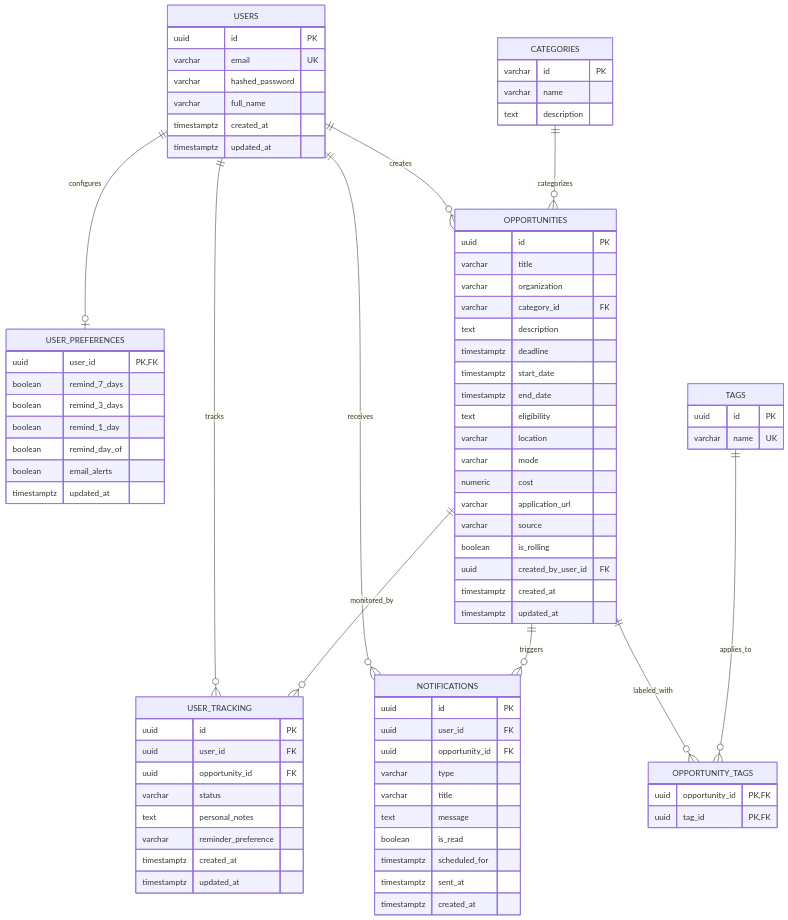
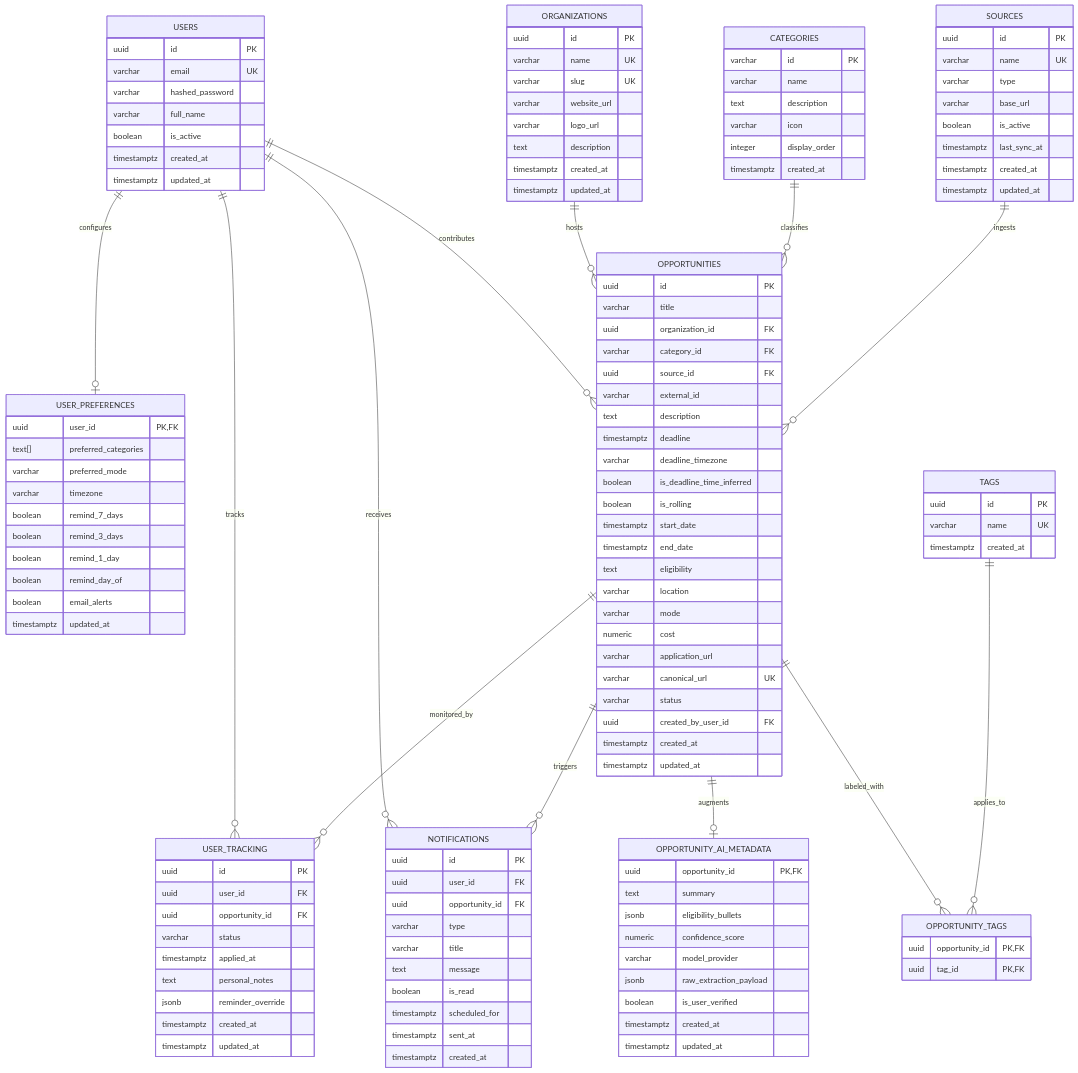
Before and after one commit to Kunal-net/deadline-radar: the first of 2 diagrams in docs/database-schema.md, drawn with Mermaid. The commit also changed other lines of this file and 3 other files, not shown here.

````diff
--- a/docs/database-schema.md
+++ b/docs/database-schema.md
@@ -16,15 +65,21 @@
 ```mermaid
 erDiagram
+    USERS ||--o| USER_PREFERENCES : configures
     USERS ||--o{ USER_TRACKING : tracks
     USERS ||--o{ NOTIFICATIONS : receives
-    USERS ||--o| USER_PREFERENCES : configures
-    USERS ||--o{ OPPORTUNITIES : creates
+    USERS ||--o{ OPPORTUNITIES : contributes
 
-    CATEGORIES ||--o{ OPPORTUNITIES : categorizes
+    ORGANIZATIONS ||--o{ OPPORTUNITIES : hosts
 
+    CATEGORIES ||--o{ OPPORTUNITIES : classifies
+
+    SOURCES ||--o{ OPPORTUNITIES : ingests
+
+    OPPORTUNITIES ||--o| OPPORTUNITY_AI_METADATA : augments
     OPPORTUNITIES ||--o{ USER_TRACKING : monitored_by
     OPPORTUNITIES ||--o{ NOTIFICATIONS : triggers
     OPPORTUNITIES ||--o{ OPPORTUNITY_TAGS : labeled_with
+
     TAGS ||--o{ OPPORTUNITY_TAGS : applies_to
 
     USERS {
@@ -32,6 +87,31 @@
         varchar email UK
         varchar hashed_password
         varchar full_name
+        boolean is_active
+        timestamptz created_at
+        timestamptz updated_at
+    }
+
+    USER_PREFERENCES {
+        uuid user_id PK,FK
+        text[] preferred_categories
+        varchar preferred_mode
+        varchar timezone
+        boolean remind_7_days
+        boolean remind_3_days
+        boolean remind_1_day
+        boolean remind_day_of
+        boolean email_alerts
+        timestamptz updated_at
+    }
+
+    ORGANIZATIONS {
+        uuid id PK
+        varchar name UK
+        varchar slug UK
+        varchar website_url
+        varchar logo_url
+        text description
         timestamptz created_at
         timestamptz updated_at
     }
@@ -40,15 +120,34 @@
         varchar id PK
         varchar name
         text description
+        varchar icon
+        integer display_order
+        timestamptz created_at
+    }
+
+    SOURCES {
+        uuid id PK
+        varchar name UK
+        varchar type
+        varchar base_url
+        boolean is_active
+        timestamptz last_sync_at
+        timestamptz created_at
+        timestamptz updated_at
     }
 
     OPPORTUNITIES {
         uuid id PK
         varchar title
-        varchar organization
+        uuid organization_id FK
         varchar category_id FK
+        uuid source_id FK
+        varchar external_id
         text description
         timestamptz deadline
+        varchar deadline_timezone
+        boolean is_deadline_time_inferred
+        boolean is_rolling
         timestamptz start_date
         timestamptz end_date
         text eligibility
@@ -56,9 +155,21 @@
         varchar mode
         numeric cost
         varchar application_url
-        varchar source
-        boolean is_rolling
+        varchar canonical_url UK
+        varchar status
         uuid created_by_user_id FK
+        timestamptz created_at
+        timestamptz updated_at
+    }
+
+    OPPORTUNITY_AI_METADATA {
+        uuid opportunity_id PK,FK
+        text summary
+        jsonb eligibility_bullets
+        numeric confidence_score
+        varchar model_provider
+        jsonb raw_extraction_payload
+        boolean is_user_verified
         timestamptz created_at
         timestamptz updated_at
     }
@@ -66,6 +177,7 @@
     TAGS {
         uuid id PK
         varchar name UK
+        timestamptz created_at
     }
 
     OPPORTUNITY_TAGS {
@@ -78,8 +190,9 @@
         uuid user_id FK
         uuid opportunity_id FK
         varchar status
+        timestamptz applied_at
         text personal_notes
-        varchar reminder_preference
+        jsonb reminder_override
         timestamptz created_at
         timestamptz updated_at
     }
@@ -96,14 +209,4 @@
         timestamptz sent_at
         timestamptz created_at
     }
-
-    USER_PREFERENCES {
-        uuid user_id PK,FK
-        boolean remind_7_days
-        boolean remind_3_days
-        boolean remind_1_day
-        boolean remind_day_of
-        boolean email_alerts
-        timestamptz updated_at
-    }
 ```
````
